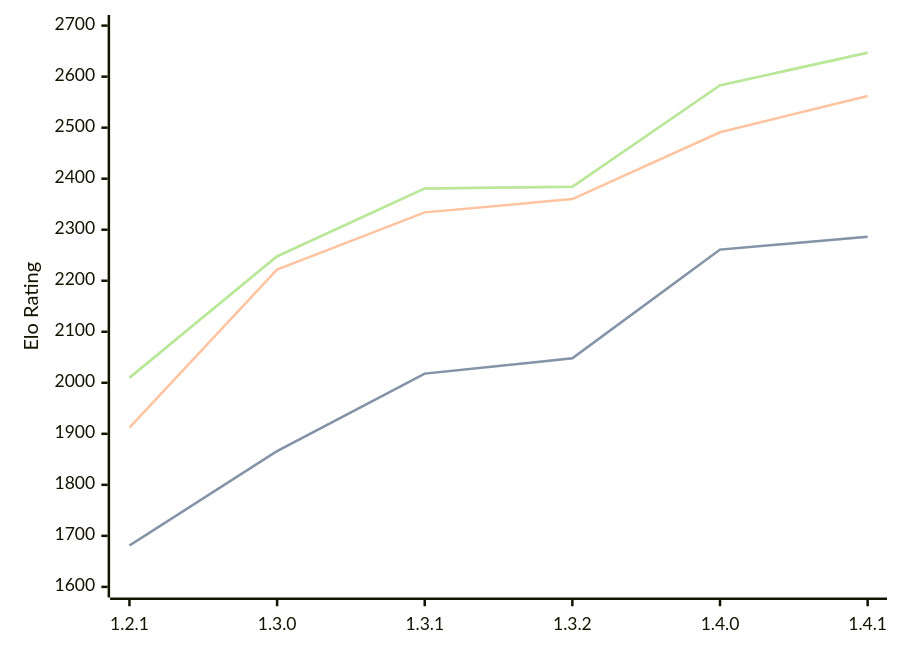
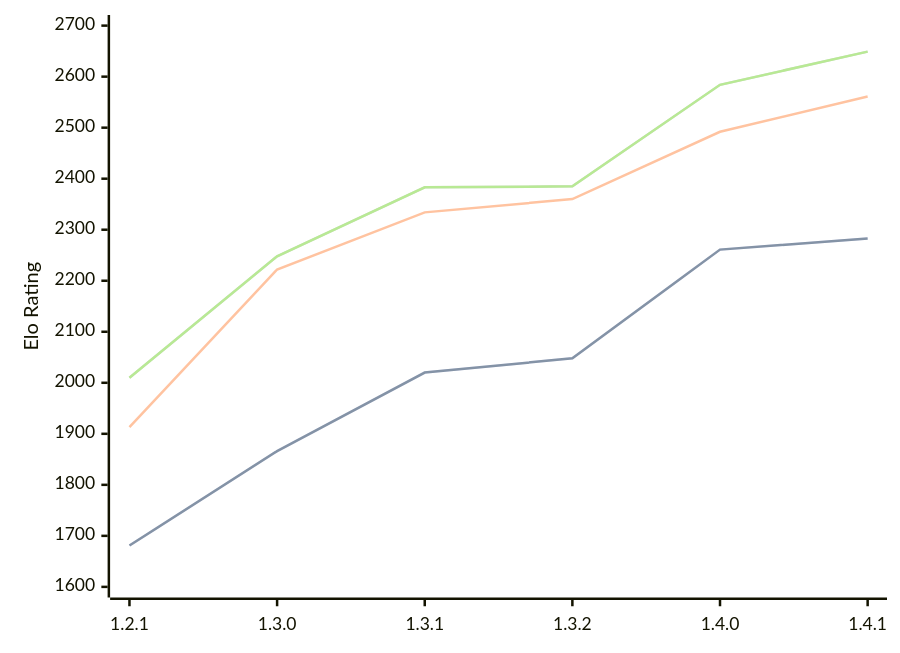
The diagram in engines/Chal.md (computer-chess-index/cci), drawn with Mermaid before and after one commit. The commit also changed other lines of this file, not shown here.

Commit message:
Update CCI Ratings (ELO VLTC) - 2026-09-01

````diff
--- a/engines/Chal.md
+++ b/engines/Chal.md
@@ -36,11 +36,11 @@
 ```mermaid
 %%{init: {"theme":"base","themeVariables":{"seriesColors:['#a3a3a3','#222221','#faa371']}}}%%
 xychart-beta
   x-axis ["1.2.1", "1.3.0", "1.3.1", "1.3.2", "1.4.0", "1.4.1"]
   y-axis "Elo Rating" 1600 --> 2700
-  line "" [1681, 1866, 2018, 2048, 2261, 2286]
-  line "STC (8.0+0.08s)" [1681, 1866, 2018, 2048, 2261, 2286]
-  line "LTC (60.0+0.60s)" [1912, 2222, 2334, 2360, 2491, 2562]
-  line "" [2010, 2248, 2381, 2384, 2583, 2647]
-  line "VLTC (2m24s+1.12s)" [2010, 2248, 2381, 2384, 2583, 2647]
+  line "" [1681, 1866, 2020, 2048, 2261, 2283]
+  line "STC (8.0+0.08s)" [1681, 1866, 2020, 2048, 2261, 2283]
+  line "LTC (60.0+0.60s)" [1913, 2222, 2334, 2360, 2492, 2561]
+  line "" [2010, 2248, 2383, 2385, 2584, 2649]
+  line "VLTC (2m24s+1.12s)" [2010, 2248, 2383, 2385, 2584, 2649]
 ```
````
